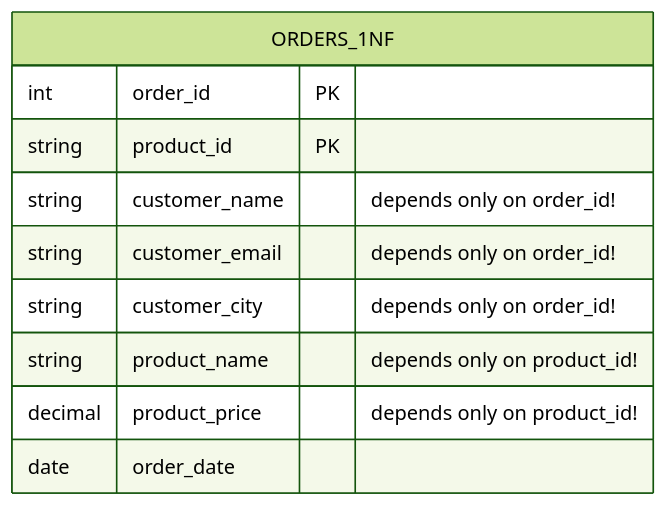
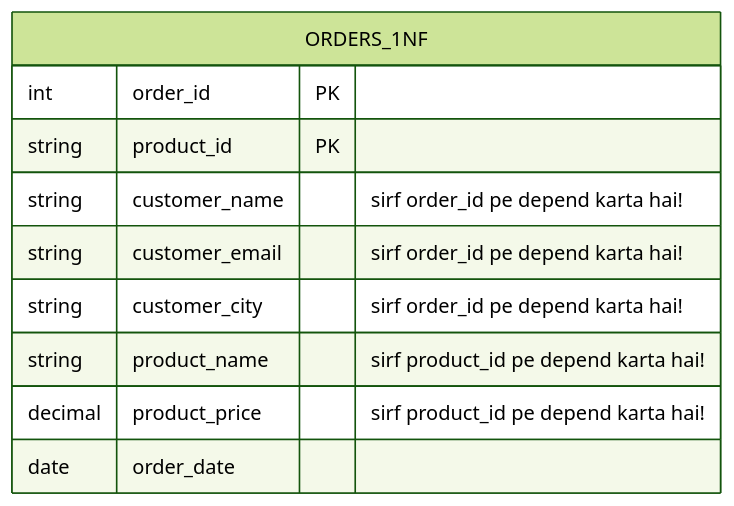
Before and after one commit to Siddesh-Pansare93/dev-notes: the third of 5 diagrams in database-notes/db-fundamentals/04-normalization.md, drawn with Mermaid (forest theme). The commit also changed other lines of this file and 248 other files, not shown here.

````diff
--- a/database-notes/db-fundamentals/04-normalization.md
+++ b/database-notes/db-fundamentals/04-normalization.md
@@ -160,13 +160,13 @@
 ```mermaid
 erDiagram
     ORDERS_1NF {
         int order_id PK
         string product_id PK
-        string customer_name "depends only on order_id!"
-        string customer_email "depends only on order_id!"
-        string customer_city "depends only on order_id!"
-        string product_name "depends only on product_id!"
-        decimal product_price "depends only on product_id!"
+        string customer_name "sirf order_id pe depend karta hai!"
+        string customer_email "sirf order_id pe depend karta hai!"
+        string customer_city "sirf order_id pe depend karta hai!"
+        string product_name "sirf product_id pe depend karta hai!"
+        decimal product_price "sirf product_id pe depend karta hai!"
         date order_date
     }
 ```
````
